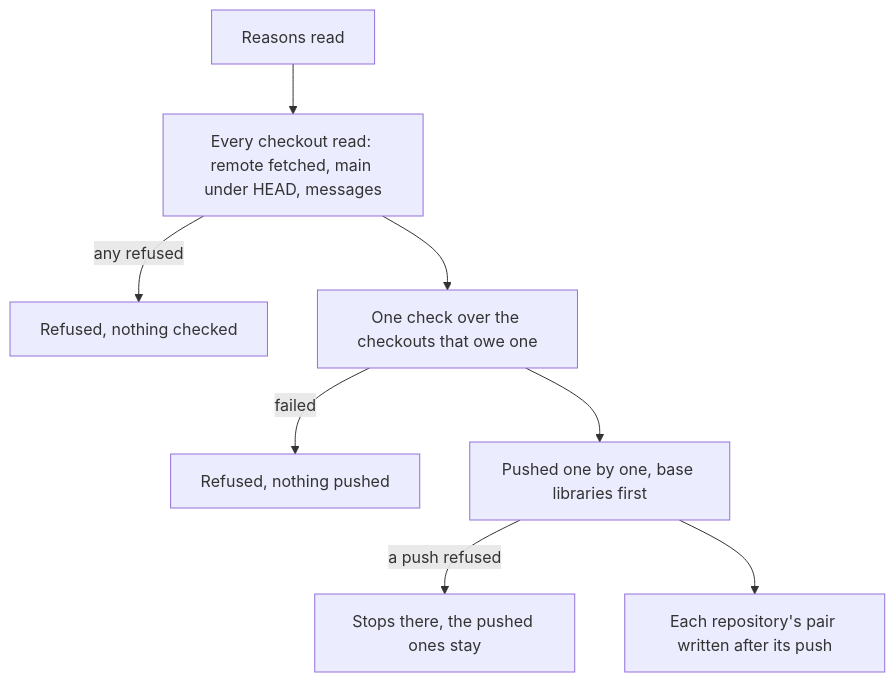
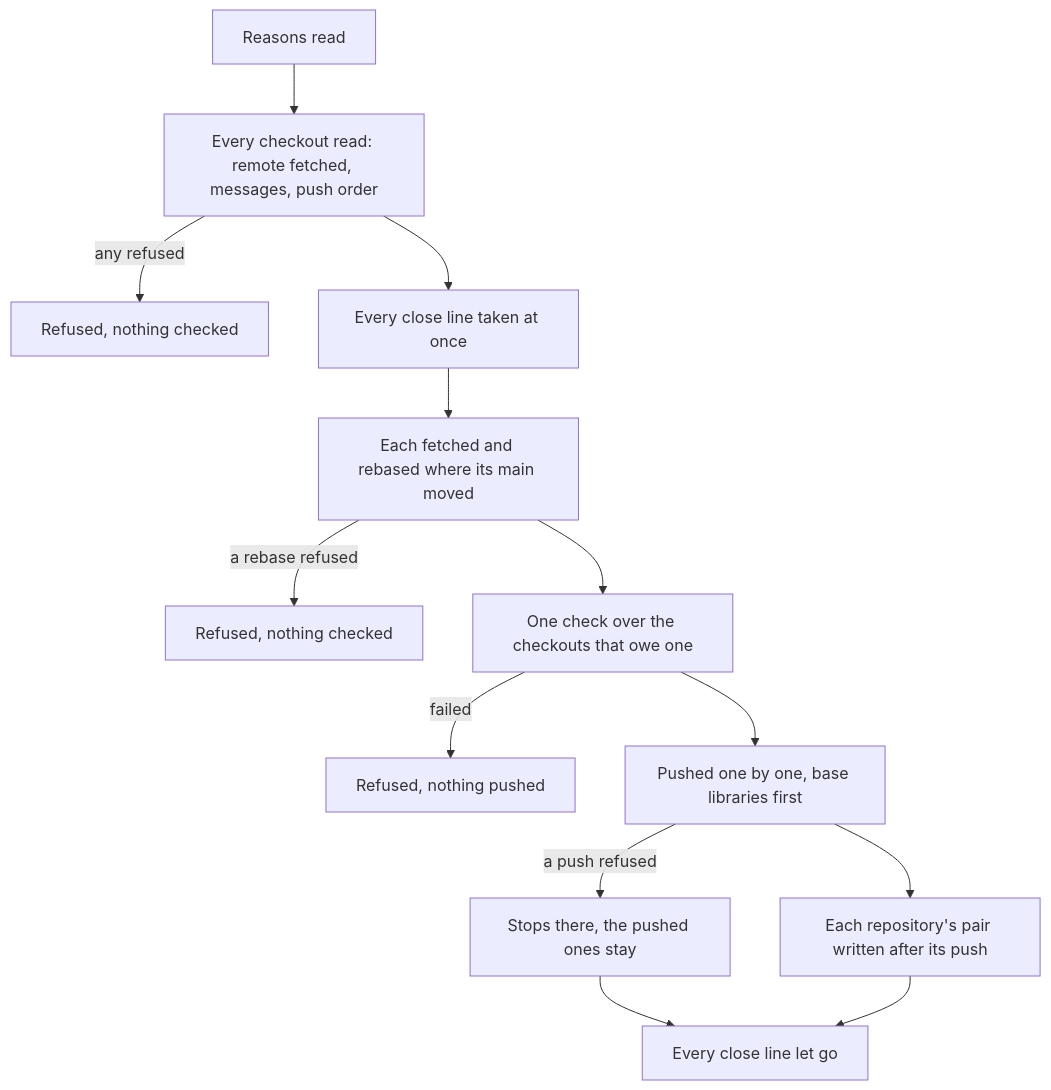
Before and after one commit to ahas/bmo-job: the second of 2 diagrams in docs/cli.md, drawn with Mermaid. The commit also changed other lines of this file and 5 other files, not shown here.

First line of the commit message:
Stand every close in its repository's close line and rebase inside it

````diff
--- a/docs/cli.md
+++ b/docs/cli.md
@@ -142,10 +163,15 @@
 ```mermaid
 flowchart TD
-  A[Reasons read] --> B[Every checkout read: remote fetched, main under HEAD, messages]
+  A[Reasons read] --> B[Every checkout read: remote fetched, messages, push order]
   B -- any refused --> X[Refused, nothing checked]
-  B --> C[One check over the checkouts that owe one]
+  B --> L[Every close line taken at once]
+  L --> R[Each fetched and rebased where its main moved]
+  R -- a rebase refused --> W[Refused, nothing checked]
+  R --> C[One check over the checkouts that owe one]
   C -- failed --> Y[Refused, nothing pushed]
   C --> D[Pushed one by one, base libraries first]
   D -- a push refused --> Z[Stops there, the pushed ones stay]
   D --> E[Each repository's pair written after its push]
+  Z --> G[Every close line let go]
+  E --> G
 ```
````
